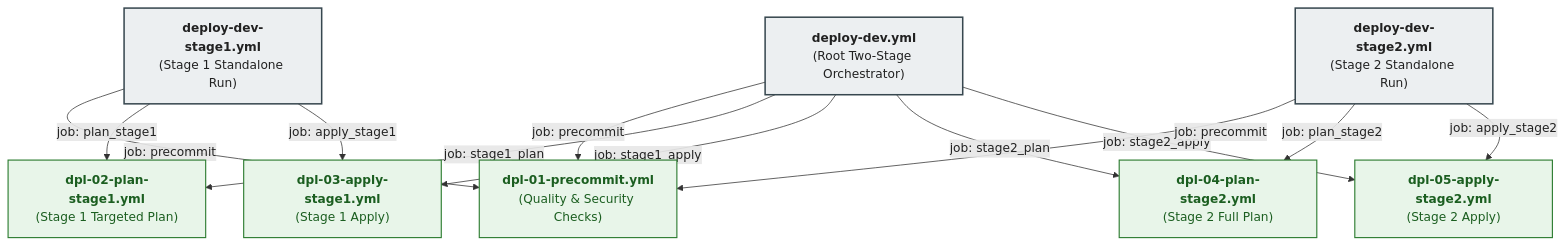
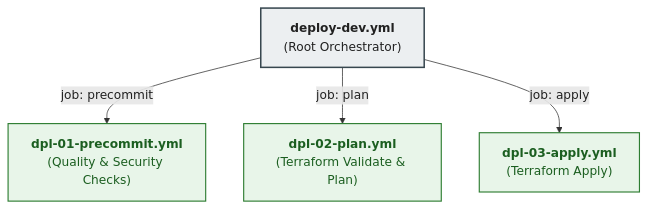
Before and after one commit to MikolajSedek/databricks_aws_deployment_03_workspaces_and_compute: the second of 2 diagrams in .github/workflows/README.md, drawn with Mermaid. The commit also changed other lines of this file and 11 other files, not shown here.

````diff
--- a/.github/workflows/README.md
+++ b/.github/workflows/README.md
@@ -87,29 +61,14 @@
 ```mermaid
 graph TD
     classDef root fill:#ECEFF1,stroke:#37474F,stroke-width:2px,color:#212121;
     classDef subwf fill:#E8F5E9,stroke:#2E7D32,stroke-width:1.5px,color:#1B5E20;
 
-    DeployDev["<b>deploy-dev.yml</b><br/>(Root Two-Stage Orchestrator)"]:::root
-    DeployS1["<b>deploy-dev-stage1.yml</b><br/>(Stage 1 Standalone Run)"]:::root
-    DeployS2["<b>deploy-dev-stage2.yml</b><br/>(Stage 2 Standalone Run)"]:::root
-
+    DeployDev["<b>deploy-dev.yml</b><br/>(Root Orchestrator)"]:::root
     Precommit["<b>dpl-01-precommit.yml</b><br/>(Quality & Security Checks)"]:::subwf
-    PlanS1["<b>dpl-02-plan-stage1.yml</b><br/>(Stage 1 Targeted Plan)"]:::subwf
-    ApplyS1["<b>dpl-03-apply-stage1.yml</b><br/>(Stage 1 Apply)"]:::subwf
-    PlanS2["<b>dpl-04-plan-stage2.yml</b><br/>(Stage 2 Full Plan)"]:::subwf
-    ApplyS2["<b>dpl-05-apply-stage2.yml</b><br/>(Stage 2 Apply)"]:::subwf
+    Plan["<b>dpl-02-plan.yml</b><br/>(Terraform Validate & Plan)"]:::subwf
+    Apply["<b>dpl-03-apply.yml</b><br/>(Terraform Apply)"]:::subwf
 
     DeployDev -->|"job: precommit"| Precommit
-    DeployDev -->|"job: stage1_plan"| PlanS1
-    DeployDev -->|"job: stage1_apply"| ApplyS1
-    DeployDev -->|"job: stage2_plan"| PlanS2
-    DeployDev -->|"job: stage2_apply"| ApplyS2
-
-    DeployS1 -->|"job: precommit"| Precommit
-    DeployS1 -->|"job: plan_stage1"| PlanS1
-    DeployS1 -->|"job: apply_stage1"| ApplyS1
-
-    DeployS2 -->|"job: precommit"| Precommit
-    DeployS2 -->|"job: plan_stage2"| PlanS2
-    DeployS2 -->|"job: apply_stage2"| ApplyS2
+    DeployDev -->|"job: plan"| Plan
+    DeployDev -->|"job: apply"| Apply
 ```
````
